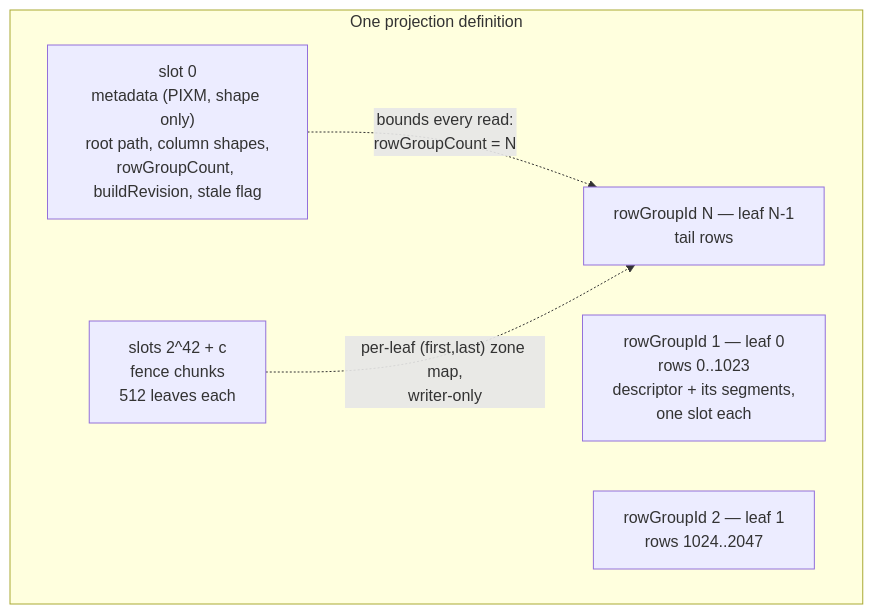
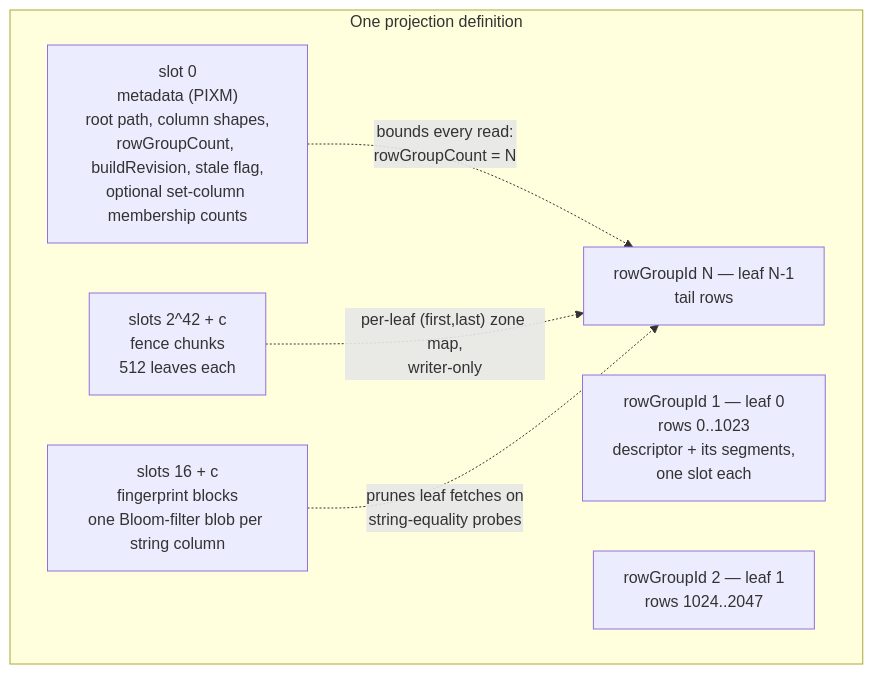
Before and after one commit to sirixdb/sirix: the second of 16 diagrams in docs/PROJECTION_INDEX_DEEP_DIVE.md, drawn with Mermaid. The commit also changed other lines of this file and 3 other files, not shown here.

Commit message:
no-mistakes(document): Document set columns, fingerprint blocks, PIXM v1; fix javadoc

````diff
--- a/docs/PROJECTION_INDEX_DEEP_DIVE.md
+++ b/docs/PROJECTION_INDEX_DEEP_DIVE.md
@@ -155,12 +159,14 @@
 ```mermaid
 flowchart TB
     subgraph store["One projection definition"]
-        M["slot 0<br/>metadata (PIXM, shape only)<br/>root path, column shapes,<br/>rowGroupCount, buildRevision, stale flag"]
+        M["slot 0<br/>metadata (PIXM)<br/>root path, column shapes,<br/>rowGroupCount, buildRevision, stale flag,<br/>optional set-column membership counts"]
         L1["rowGroupId 1 — leaf 0<br/>rows 0..1023<br/>descriptor + its segments,<br/>one slot each"]
         L2["rowGroupId 2 — leaf 1<br/>rows 1024..2047"]
         LN["rowGroupId N — leaf N-1<br/>tail rows"]
         F["slots 2^42 + c<br/>fence chunks<br/>512 leaves each"]
+        B["slots 16 + c<br/>fingerprint blocks<br/>one Bloom-filter blob per string column"]
     end
     M -.->|"bounds every read:<br/>rowGroupCount = N"| LN
     F -.->|"per-leaf (first,last) zone map,<br/>writer-only"| LN
+    B -.->|"prunes leaf fetches on<br/>string-equality probes"| LN
 ```
````
